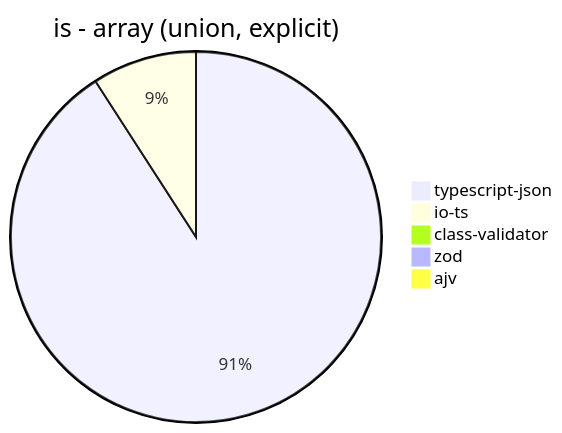
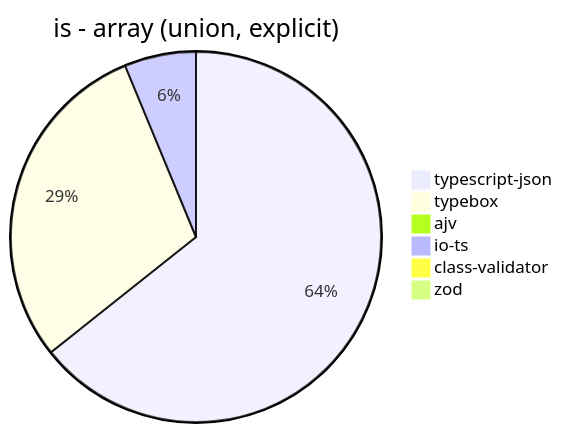
Before and after one commit to samchon/typia: the sixth of 39 diagrams in benchmark/results/AMD Ryzen 9 5900HX with Radeon Graphics.md, drawn with Mermaid. The commit also changed other lines of this file and 7 other files, not shown here.

````diff
--- a/benchmark/results/AMD Ryzen 9 5900HX with Radeon Graphics.md
+++ b/benchmark/results/AMD Ryzen 9 5900HX with Radeon Graphics.md
@@ -71,8 +76,9 @@
 ```mermaid
 pie title is - array (union, explicit)
-  "typescript-json": 3991.2885662431945
-  "io-ts": 400.6949524506218
-  "class-validator": 8.267568583239383
-  "zod": 2.9923321488685244
+  "typescript-json": 4127.183406113537
+  "typebox": 1889.5391367959035
   "ajv": 0
+  "io-ts": 400.936329588015
+  "class-validator": 7.901506798970966
+  "zod": 3.003003003003003
 ```
````
